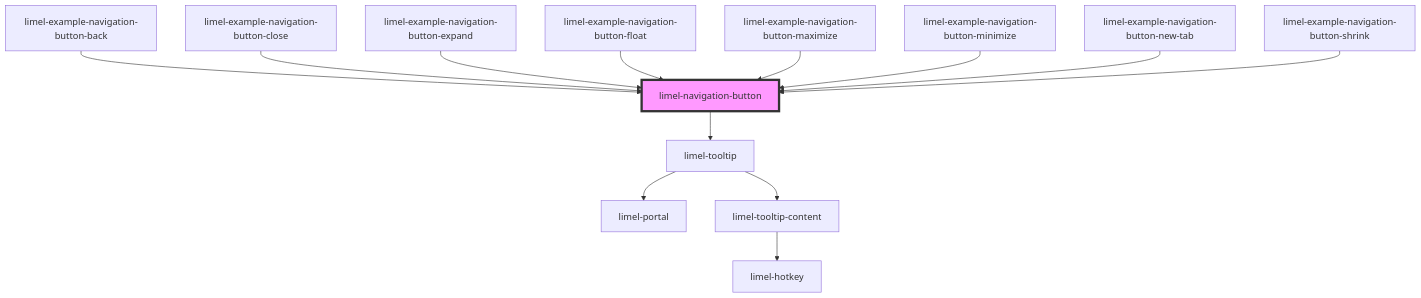
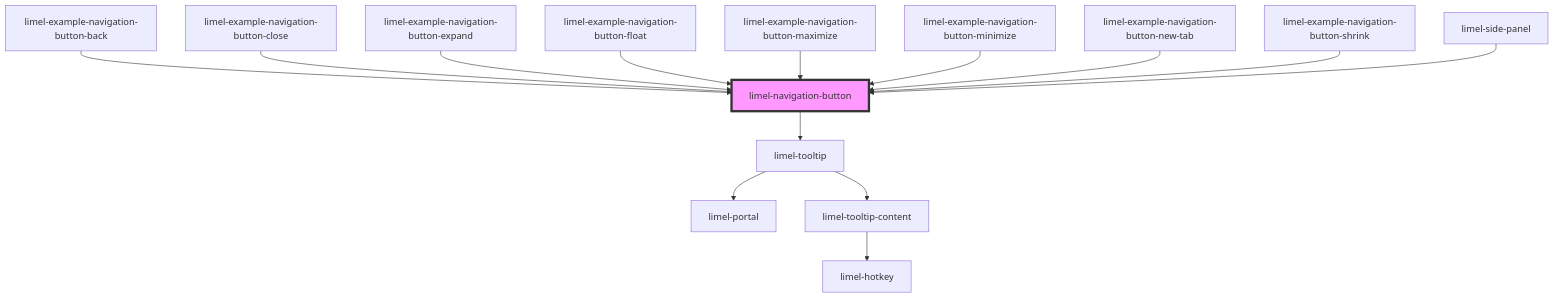
Before and after one commit to Lundalogik/lime-elements: the diagram in versions/PR-4502/markdown-docs/components/navigation-button/readme.md, drawn with Mermaid. The commit also changed other lines of this file and 35 other files, not shown here.

````diff
--- a/versions/PR-4502/markdown-docs/components/navigation-button/readme.md
+++ b/versions/PR-4502/markdown-docs/components/navigation-button/readme.md
@@ -51,16 +52,17 @@
 ```mermaid
 graph TD;
   limel-navigation-button --> limel-tooltip
   limel-tooltip --> limel-portal
   limel-tooltip --> limel-tooltip-content
   limel-tooltip-content --> limel-hotkey
   limel-example-navigation-button-back --> limel-navigation-button
   limel-example-navigation-button-close --> limel-navigation-button
   limel-example-navigation-button-expand --> limel-navigation-button
   limel-example-navigation-button-float --> limel-navigation-button
   limel-example-navigation-button-maximize --> limel-navigation-button
   limel-example-navigation-button-minimize --> limel-navigation-button
   limel-example-navigation-button-new-tab --> limel-navigation-button
   limel-example-navigation-button-shrink --> limel-navigation-button
+  limel-side-panel --> limel-navigation-button
   style limel-navigation-button fill:#f9f,stroke:#333,stroke-width:4px
 ```
````
